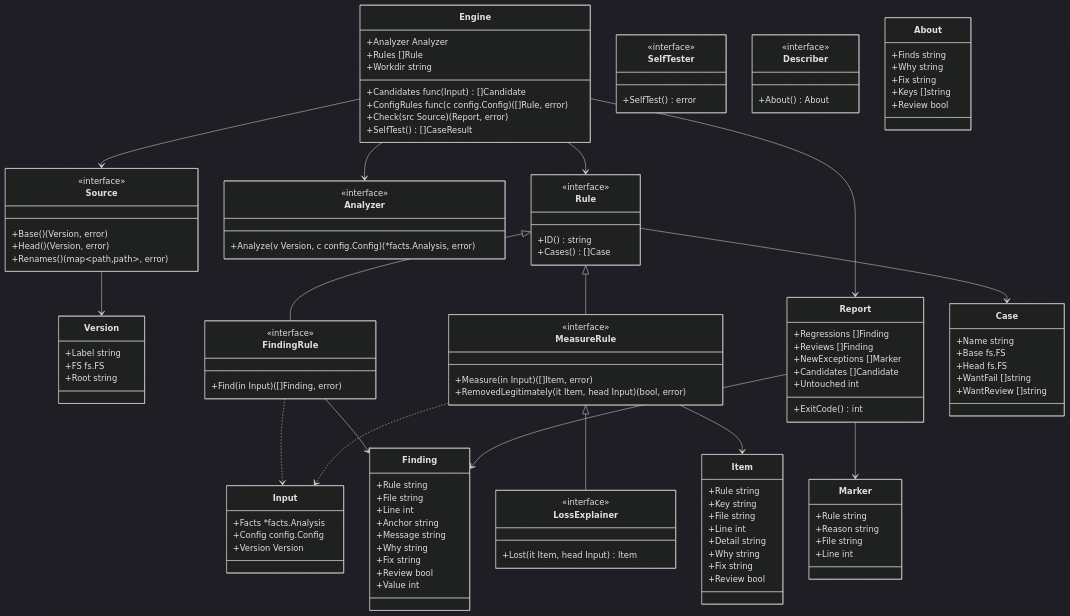
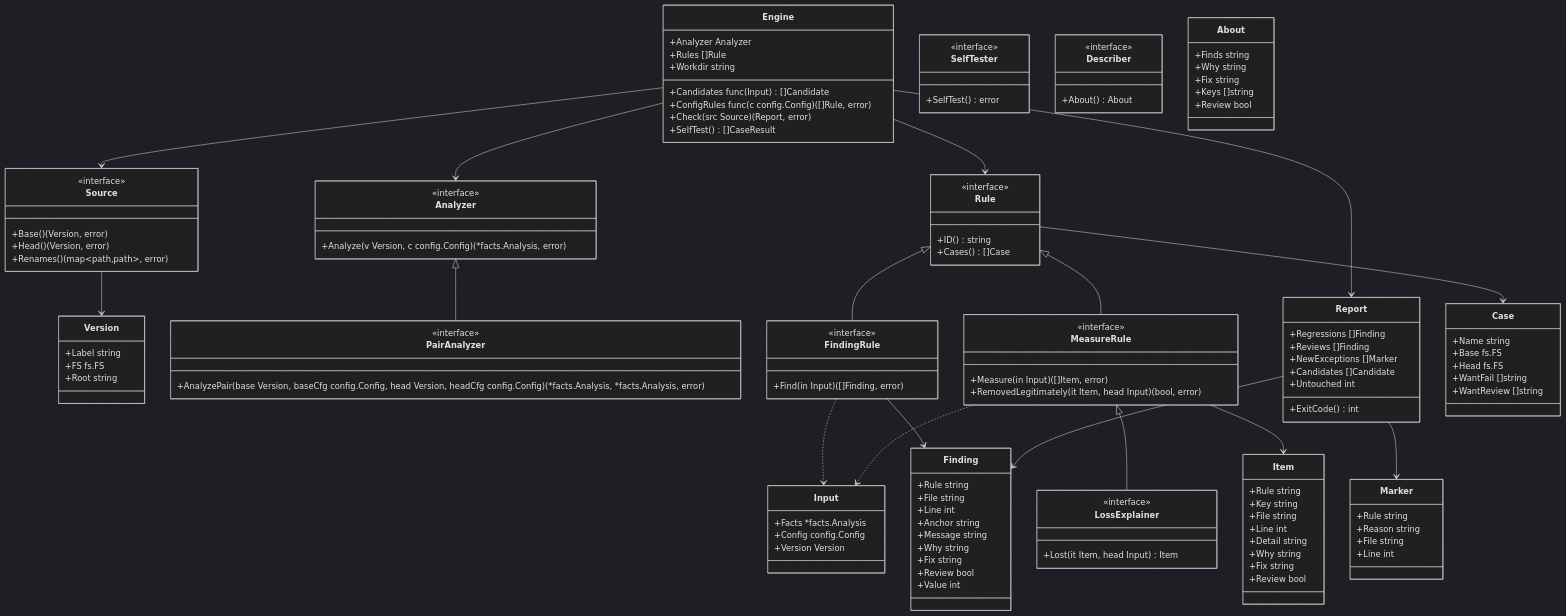
Before and after one commit to rerorets/hadome: the diagram in docs/design/engine.ja.md, drawn with Mermaid (dark theme). The commit also changed other lines of this file and 11 other files, not shown here.

Commit message:
The design of reusing analysis between base and head in one run (#122)

```diff
--- a/docs/design/engine.ja.md
+++ b/docs/design/engine.ja.md
@@ -198,6 +204,10 @@
   class Analyzer {
     <<interface>>
     +Analyze(v Version, c config.Config) (*facts.Analysis, error)
+  }
+  class PairAnalyzer {
+    <<interface>>
+    +AnalyzePair(base Version, baseCfg config.Config, head Version, headCfg config.Config) (*facts.Analysis, *facts.Analysis, error)
   }
   class Input {
     +Facts *facts.Analysis
@@ -281,6 +291,7 @@
   }
   Engine --> Source
   Engine --> Analyzer
+  Analyzer <|-- PairAnalyzer
   Engine --> Rule
   Source --> Version
   Rule <|-- FindingRule
```
